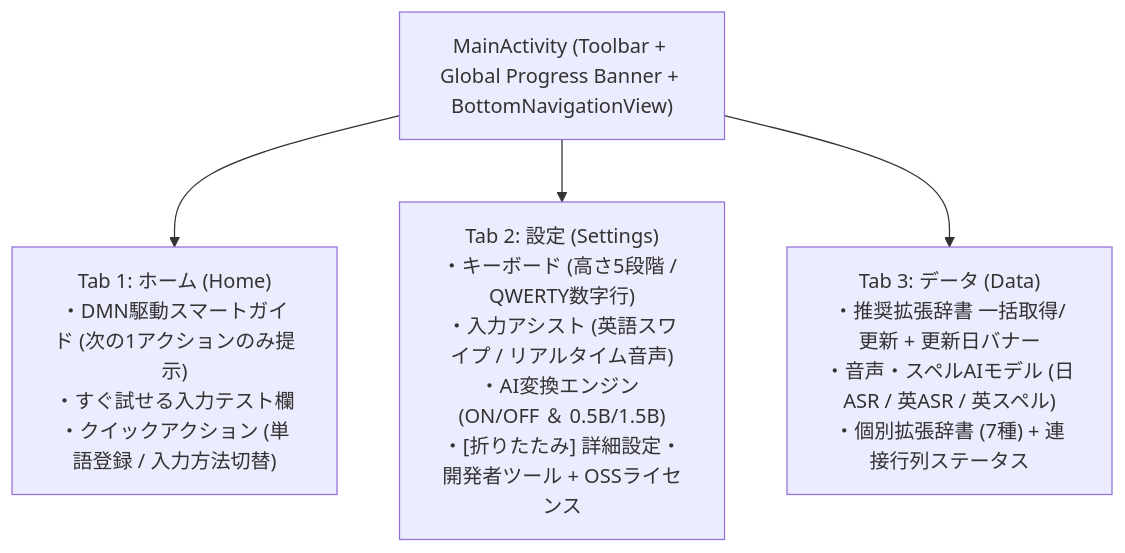
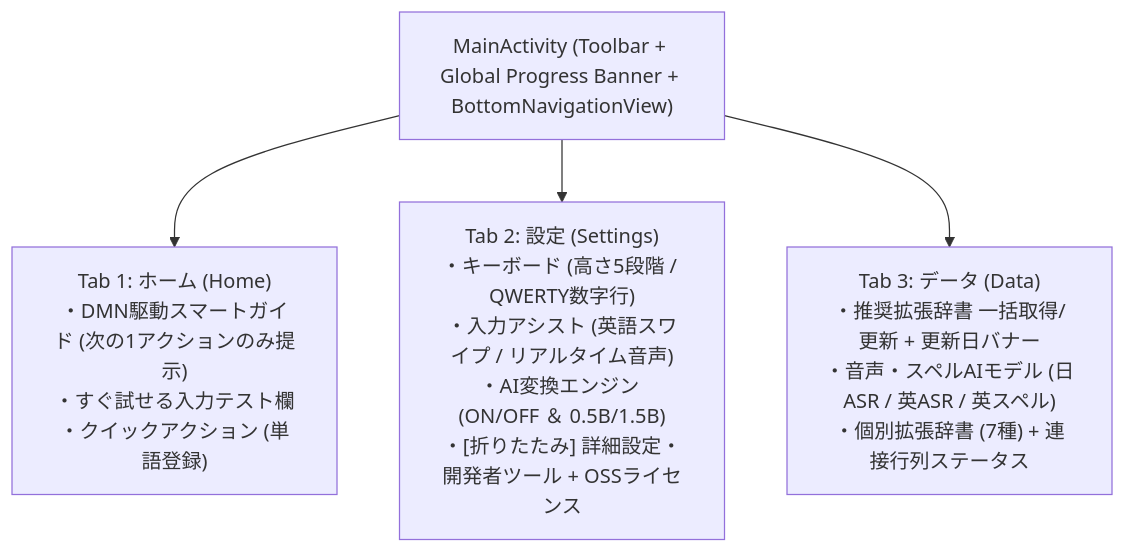
The diagram in docs/ui_design_and_simplicity_guidelines.md (kenichikurihara/jotinput), drawn with Mermaid before and after one commit. The commit also changed other lines of this file and 8 other files, not shown here.

Commit message:
fix(ui): deduplicate Switch IME button on Home tab and update PRDs/Alloy (#5)

````diff
--- a/docs/ui_design_and_simplicity_guidelines.md
+++ b/docs/ui_design_and_simplicity_guidelines.md
@@ -10,11 +10,11 @@
 ```mermaid
 flowchart TD
     Main["MainActivity (Toolbar + Global Progress Banner + BottomNavigationView)"]
-    Tab1["Tab 1: ホーム (Home)\n・DMN駆動スマートガイド (次の1アクションのみ提示)\n・すぐ試せる入力テスト欄\n・クイックアクション (単語登録 / 入力方法切替)"]
+    Tab1["Tab 1: ホーム (Home)\n・DMN駆動スマートガイド (次の1アクションのみ提示)\n・すぐ試せる入力テスト欄\n・クイックアクション (単語登録)"]
     Tab2["Tab 2: 設定 (Settings)\n・キーボード (高さ5段階 / QWERTY数字行)\n・入力アシスト (英語スワイプ / リアルタイム音声)\n・AI変換エンジン (ON/OFF ＆ 0.5B/1.5B)\n・[折りたたみ] 詳細設定・開発者ツール + OSSライセンス"]
     Tab3["Tab 3: データ (Data)\n・推奨拡張辞書 一括取得/更新 + 更新日バナー\n・音声・スペルAIモデル (日ASR / 英ASR / 英スペル)\n・個別拡張辞書 (7種) + 連接行列ステータス"]
 
     Main --> Tab1
     Main --> Tab2
     Main --> Tab3
 ```
````
